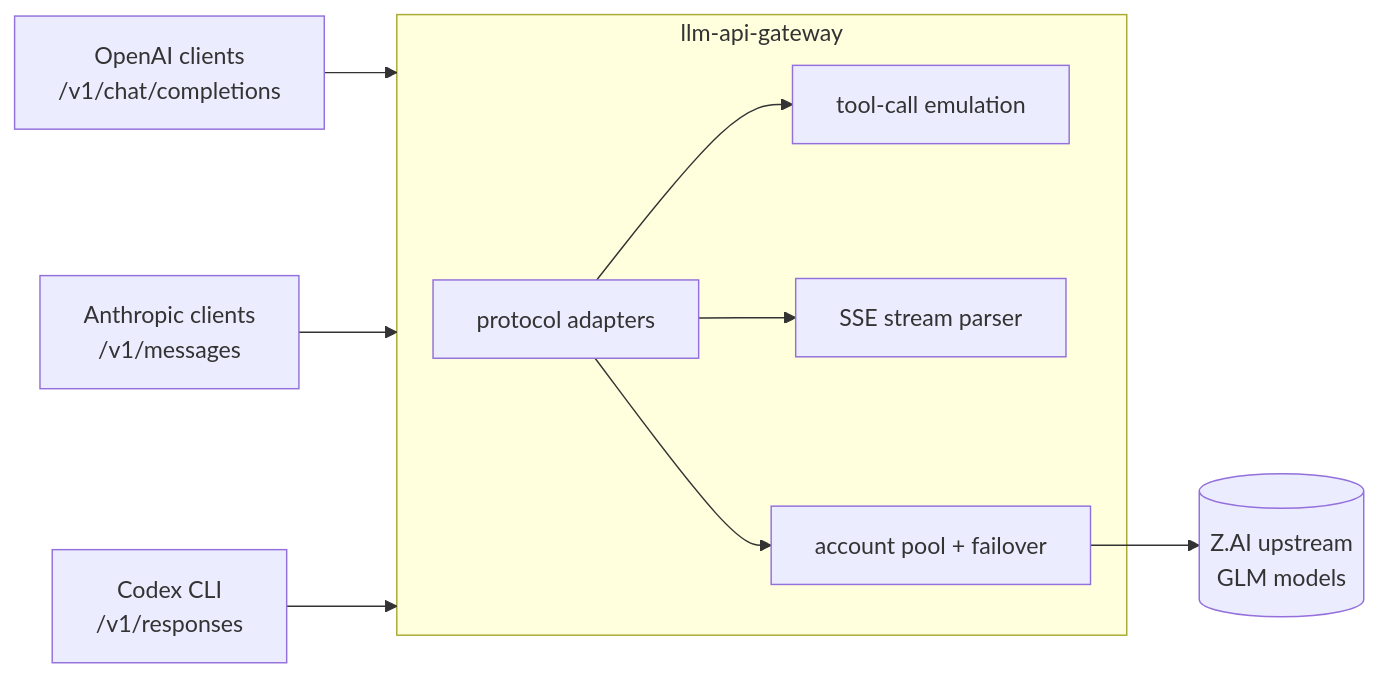
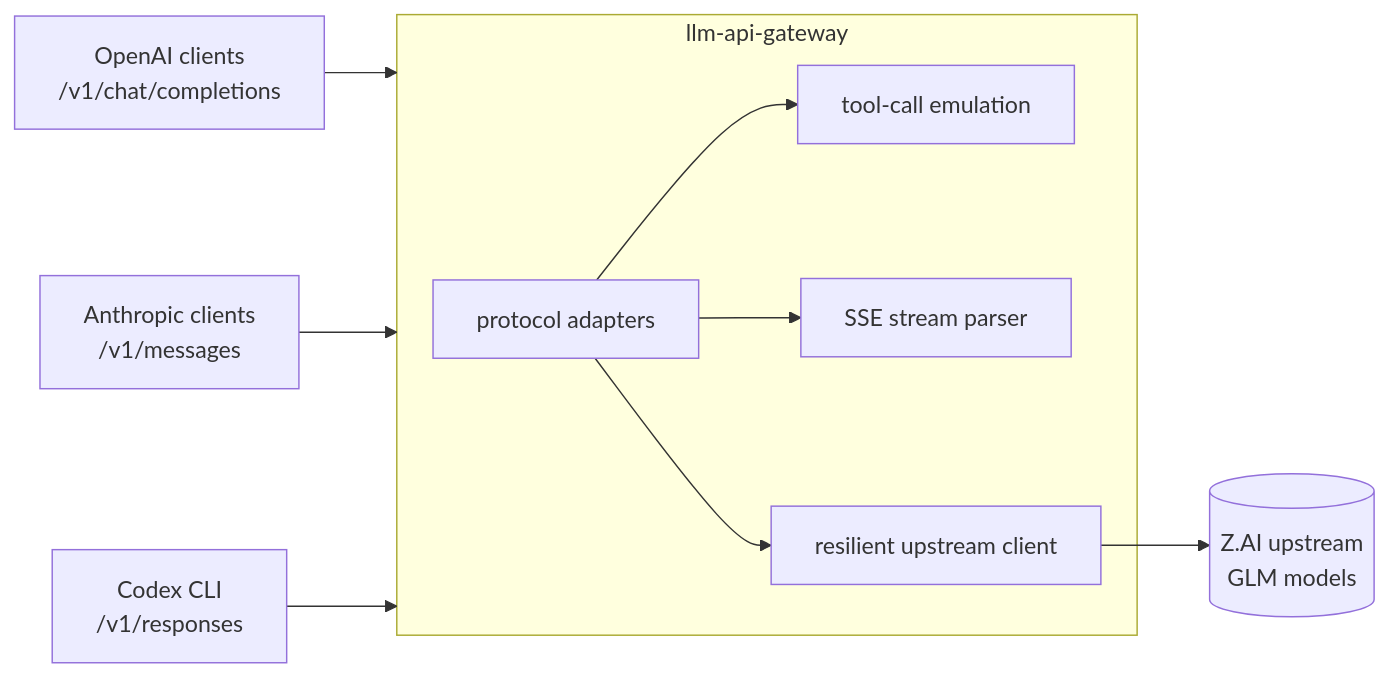
One commit to g-alex/llm-api-gateway changed the diagram in README.md. Above: the diagram before and after it, drawn with Mermaid. The commit also changed other lines of this file, not shown here.

First line of the commit message:
docs: neutral diagram and layout wording, responsible use section

````diff
--- a/README.md
+++ b/README.md
@@ -11,12 +11,12 @@
 ```mermaid
 flowchart LR
     A[OpenAI clients<br>/v1/chat/completions] --> G
     B[Anthropic clients<br>/v1/messages] --> G
     C[Codex CLI<br>/v1/responses] --> G
     subgraph G [llm-api-gateway]
         D[protocol adapters] --> E[tool-call emulation]
         D --> F[SSE stream parser]
-        D --> H[account pool + failover]
+        D --> H[resilient upstream client]
     end
     H --> I[(Z.AI upstream<br>GLM models)]
 ```
````
